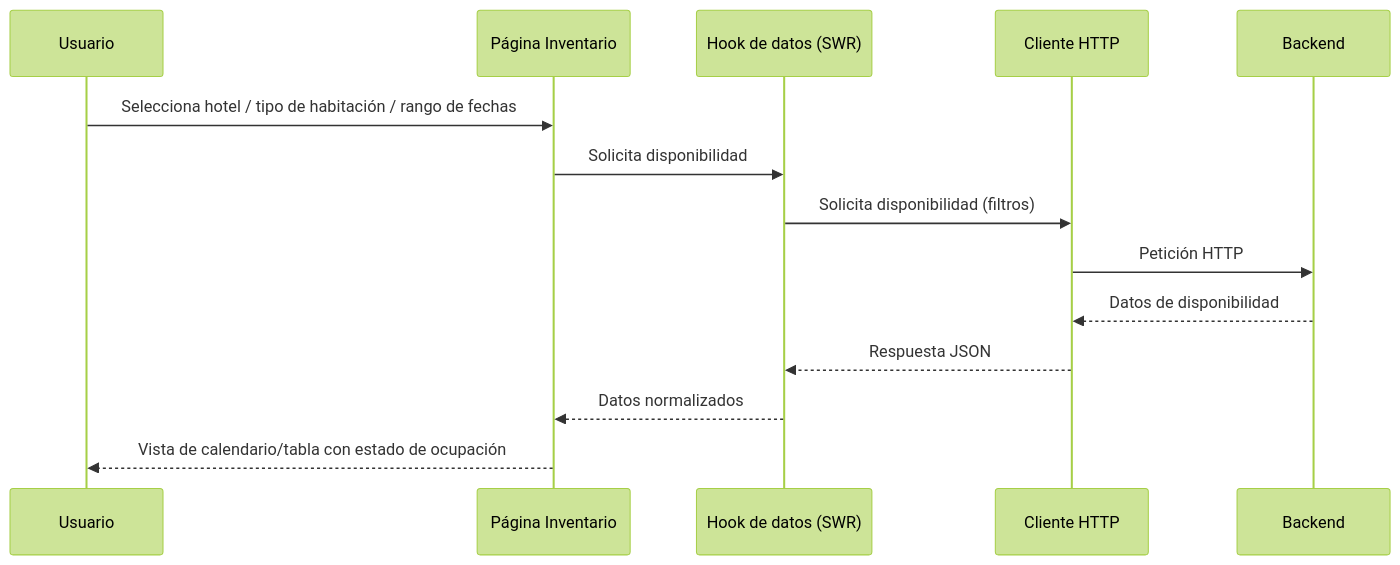
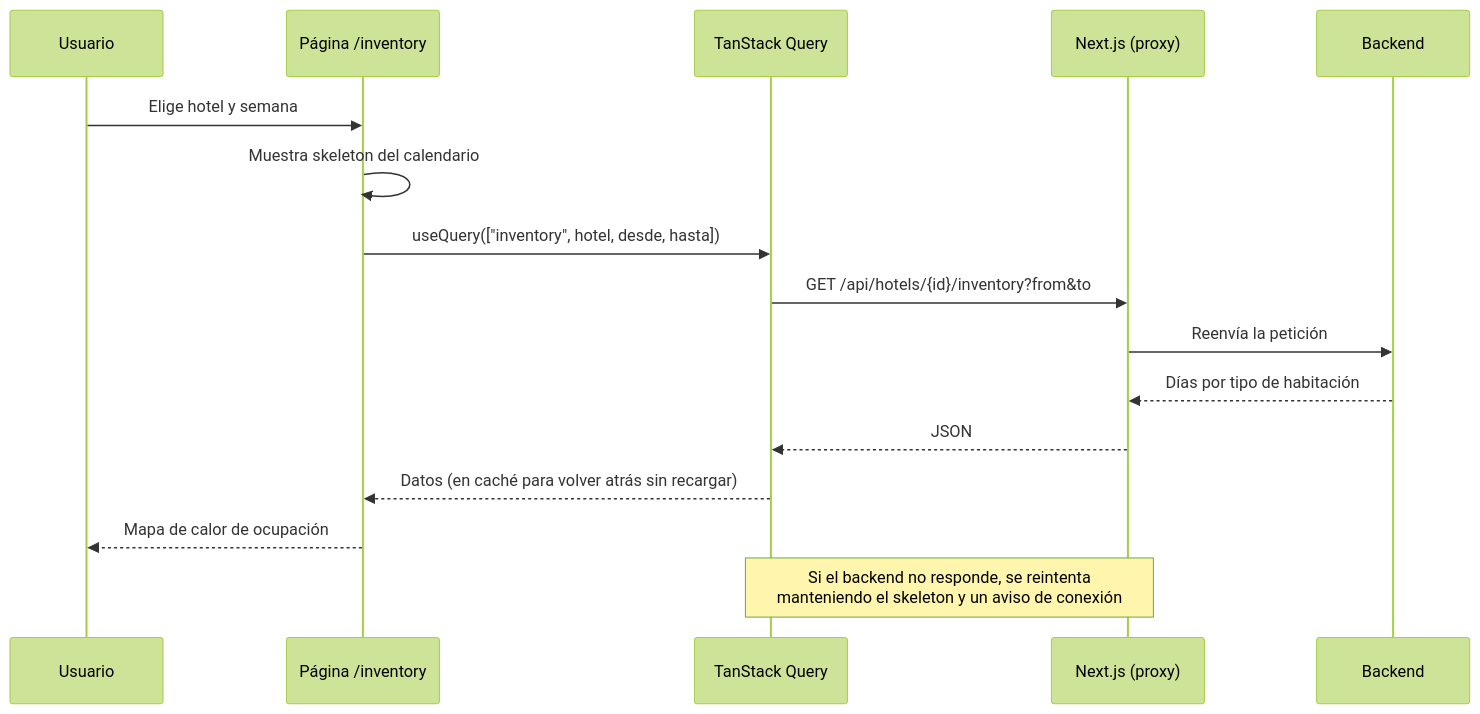
Before and after one commit to abrahammordev/fdsda-altairis-backoffice: the second of 2 diagrams in docs/diagrama-frontend.md, drawn with Mermaid (forest theme). The commit also changed other lines of this file and 1 other file, not shown here.

Commit message:
docs: update README and frontend diagram

````diff
--- a/docs/diagrama-frontend.md
+++ b/docs/diagrama-frontend.md
@@ -43,17 +32,19 @@
 ```mermaid
 sequenceDiagram
     participant U as Usuario
-    participant P as Página Inventario
-    participant H as Hook de datos (SWR)
-    participant API as Cliente HTTP
+    participant P as Página /inventory
+    participant Q as TanStack Query
+    participant N as Next.js (proxy)
     participant BE as Backend
 
-    U->>P: Selecciona hotel / tipo de habitación / rango de fechas
-    P->>H: Solicita disponibilidad
-    H->>API: Solicita disponibilidad (filtros)
-    API->>BE: Petición HTTP
-    BE-->>API: Datos de disponibilidad
-    API-->>H: Respuesta JSON
-    H-->>P: Datos normalizados
-    P-->>U: Vista de calendario/tabla con estado de ocupación
+    U->>P: Elige hotel y semana
+    P->>P: Muestra skeleton del calendario
+    P->>Q: useQuery(["inventory", hotel, desde, hasta])
+    Q->>N: GET /api/hotels/{id}/inventory?from&to
+    N->>BE: Reenvía la petición
+    BE-->>N: Días por tipo de habitación
+    N-->>Q: JSON
+    Q-->>P: Datos (en caché para volver atrás sin recargar)
+    P-->>U: Mapa de calor de ocupación
+    Note over Q,N: Si el backend no responde, se reintenta<br/>manteniendo el skeleton y un aviso de conexión
 ```
````
